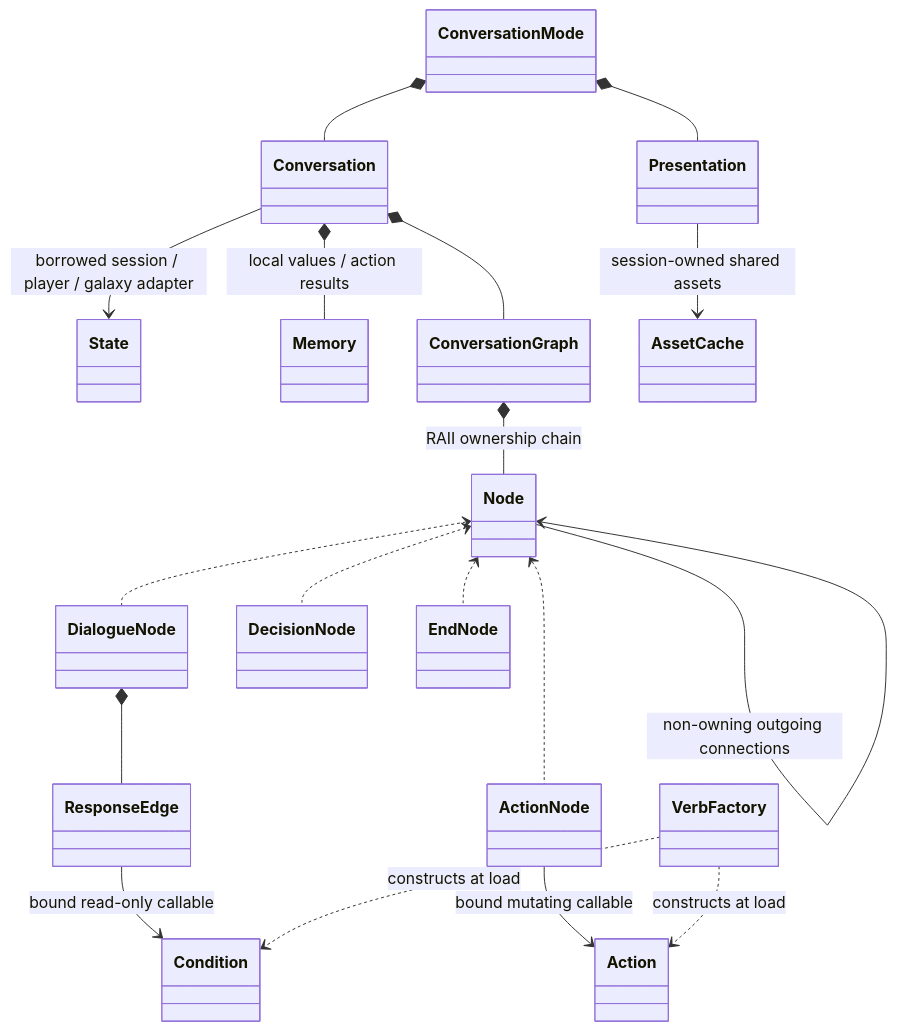
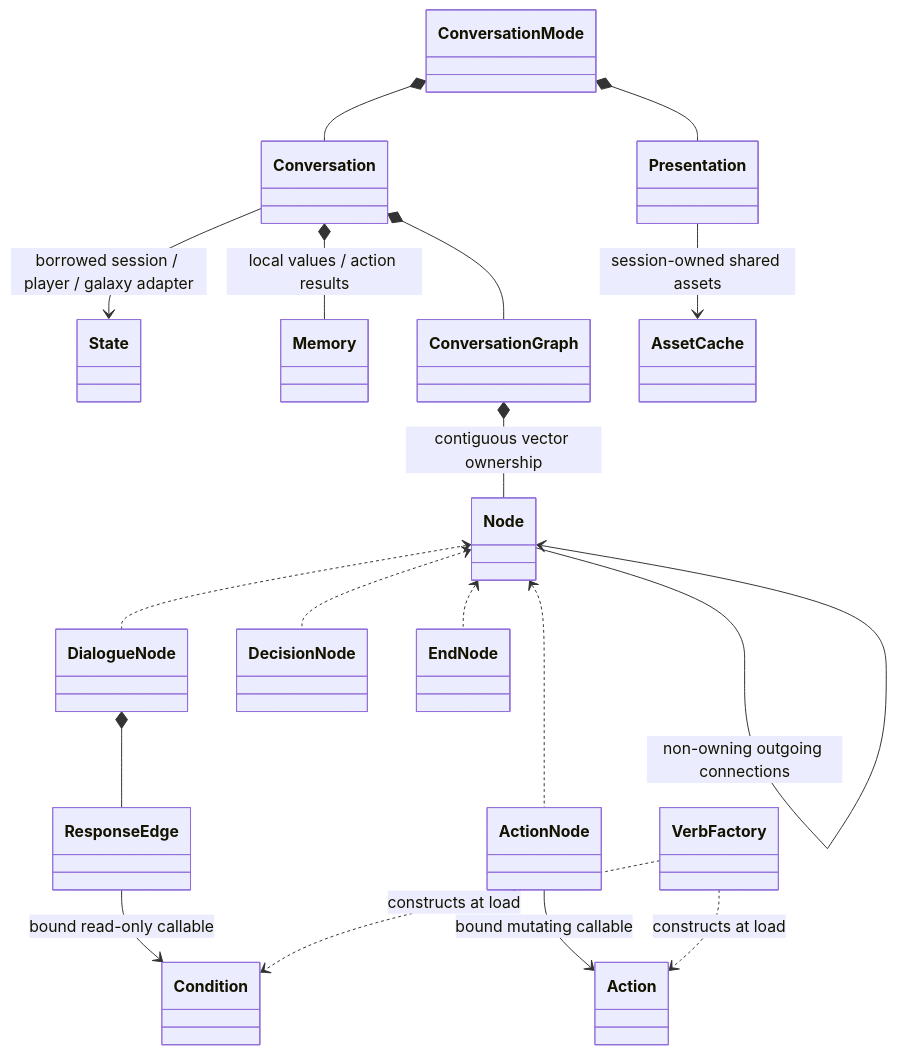
Before and after one commit to yost-jacob/uqm-cpp17: the second of 2 diagrams in docs/design/conversation/model.md, drawn with Mermaid. The commit also changed other lines of this file and 5 other files, not shown here.

Commit message:
Combine contiguous graph storage with direct successor pointers

````diff
--- a/docs/design/conversation/model.md
+++ b/docs/design/conversation/model.md
@@ -57,20 +57,20 @@
 ```mermaid
 classDiagram
     ConversationMode *-- Conversation
     ConversationMode *-- Presentation
     Conversation --> State : borrowed session / player / galaxy adapter
     Conversation *-- Memory : local values / action results
     Conversation *-- ConversationGraph
-    ConversationGraph *-- Node : RAII ownership chain
+    ConversationGraph *-- Node : contiguous vector ownership
     Node --> Node : non-owning outgoing connections
     Node <.. DialogueNode
     Node <.. DecisionNode
     Node <.. ActionNode
     Node <.. EndNode
     DialogueNode *-- ResponseEdge
     ResponseEdge --> Condition : bound read-only callable
     ActionNode --> Action : bound mutating callable
     VerbFactory ..> Condition : constructs at load
     VerbFactory ..> Action : constructs at load
     Presentation --> AssetCache : session-owned shared assets
 ```
````
